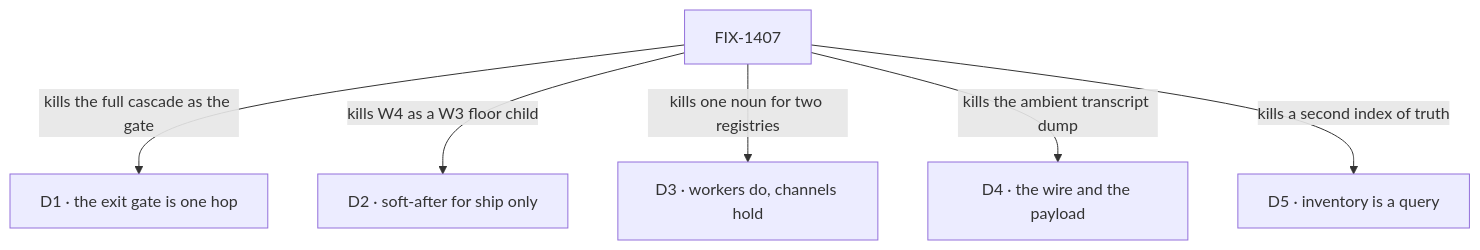
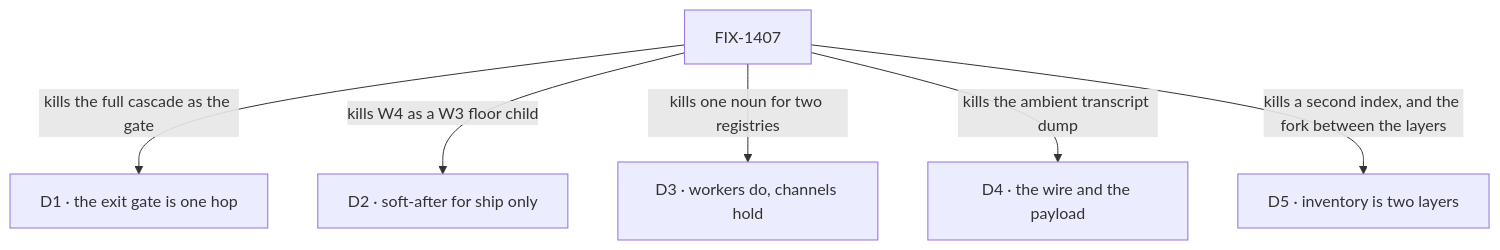
The diagram in spec/_epics/work-routing-package-cohesion/DECISIONS.md (fixpoint-labs/flow-state-dev), drawn with Mermaid before and after one commit. The commit also changed other lines of this file and 6 other files, not shown here.

````diff
--- a/spec/_epics/work-routing-package-cohesion/DECISIONS.md
+++ b/spec/_epics/work-routing-package-cohesion/DECISIONS.md
@@ -13,8 +12,8 @@
 ```mermaid
 flowchart TD
   E["FIX-1407"] -->|"kills the full cascade as the gate"| D1["D1 · the exit gate is one hop"]
   E -->|"kills W4 as a W3 floor child"| D2["D2 · soft-after for ship only"]
   E -->|"kills one noun for two registries"| D3["D3 · workers do, channels hold"]
   E -->|"kills the ambient transcript dump"| D4["D4 · the wire and the payload"]
-  E -->|"kills a second index of truth"| D5["D5 · inventory is a query"]
+  E -->|"kills a second index, and the fork between the layers"| D5["D5 · inventory is two layers"]
 ```
````
